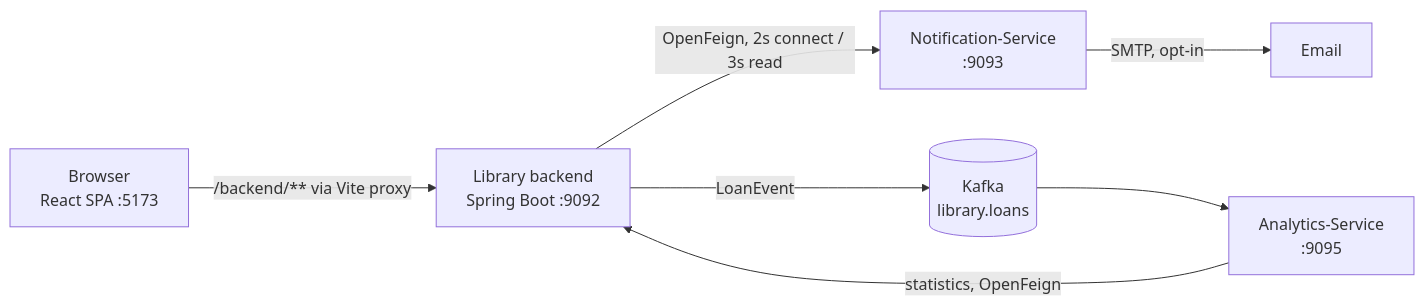
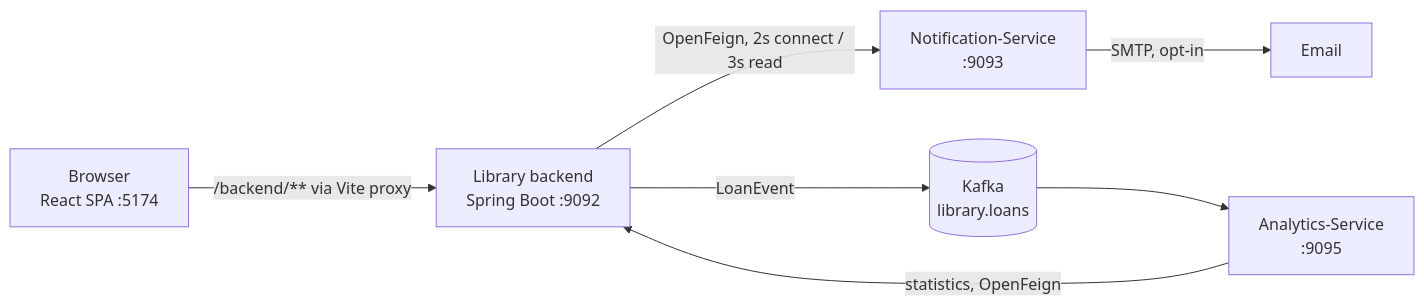
Before and after one commit to PhoenixMaster123/Library-Management-System-Version-2: the diagram in README.md, drawn with Mermaid. The commit also changed other lines of this file and 5 other files, not shown here.

````diff
--- a/README.md
+++ b/README.md
@@ -31,14 +31,14 @@
 ```mermaid
 flowchart LR
-    B[Browser<br/>React SPA :5173]
+    B[Browser<br/>React SPA :5174]
     L[Library backend<br/>Spring Boot :9092]
     N[Notification-Service<br/>:9093]
     K[(Kafka<br/>library.loans)]
     A[Analytics-Service<br/>:9095]
 
     B -->|/backend/** via Vite proxy| L
     L -->|OpenFeign, 2s connect / 3s read| N
     L -->|LoanEvent| K --> A
     A -->|statistics, OpenFeign| L
     N -->|SMTP, opt-in| M[Email]
 ```
````
